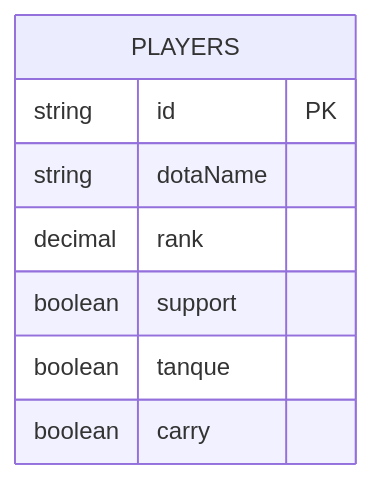
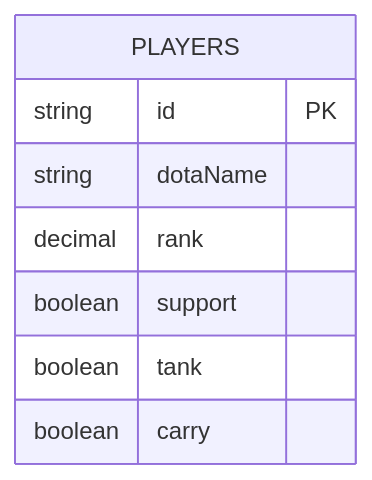
One commit to Ariel-Patino/discord-sort-players-dota changed the seventh of 7 diagrams in documents/ARCHITECTURE.md. Above: the diagram before and after it, drawn with Mermaid. The commit also changed other lines of this file and 37 other files, not shown here.

````diff
--- a/documents/ARCHITECTURE.md
+++ b/documents/ARCHITECTURE.md
@@ -363,11 +363,11 @@
 ```mermaid
 erDiagram
     PLAYERS {
         string id PK
         string dotaName
         decimal rank
         boolean support
-        boolean tanque
+        boolean tank
         boolean carry
     }
 ```
````
